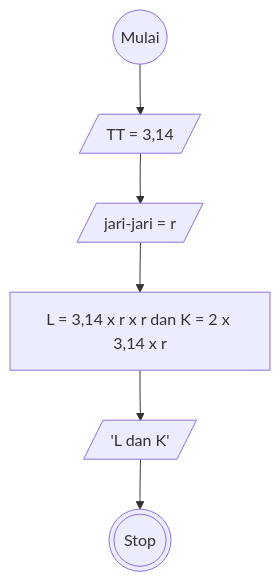
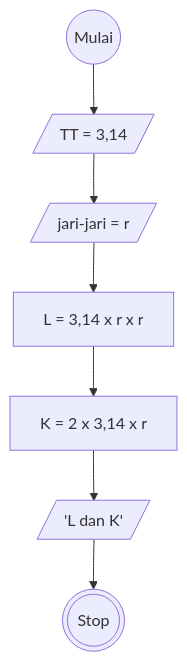
The diagram in luas-dan-keliling.md (MuhamadRafliShidiq/koda-b8-algoritma), drawn with Mermaid before and after one commit.

````diff
--- a/luas-dan-keliling.md
+++ b/luas-dan-keliling.md
@@ -21,18 +21,20 @@
 ```mermaid
 
     flowchart TD
 
     a@{ shape: circle, label: "Mulai" }
     b@{ shape: lean-r, label: "TT = 3,14" }
     c@{ shape: lean-r, label: " jari-jari = r" }
-    d@{ shape: rect, label: "L = 3,14 x r x r dan K = 2 x 3,14 x r" }
-    e@{ shape: lean-r, label: "'L dan K'" }
-    f@{ shape: dbl-circ, label: "Stop" }
+    d@{ shape: rect, label: "L = 3,14 x r x r " }
+    e@{ shape: rect, label: "K = 2 x 3,14 x r " }
+    f@{ shape: lean-r, label: "'L dan K'" }
+    g@{ shape: dbl-circ, label: "Stop" }
 
     a --> b
     b --> c
     c --> d
     d --> e
     e --> f
+    f --> g
 
 ```
````
